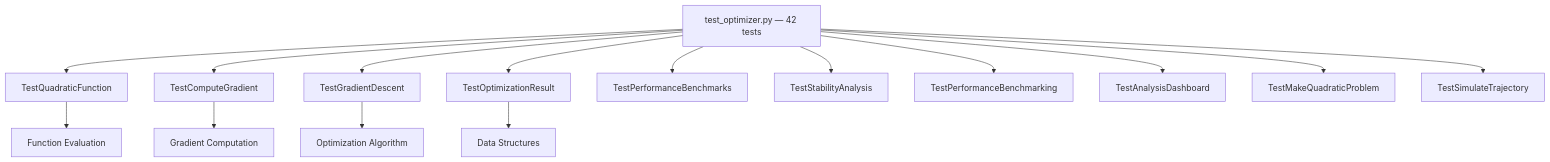
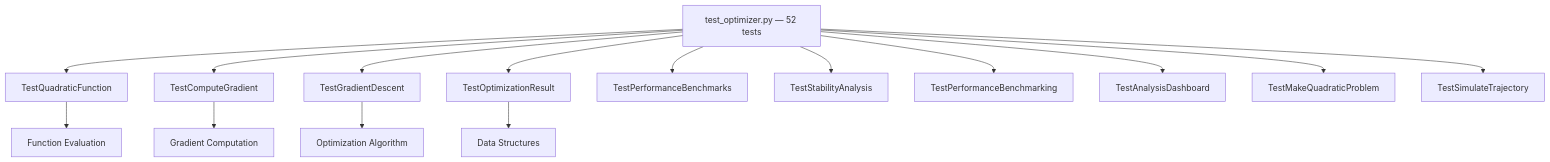
The diagram in projects/template_code_project/tests/README.md (docxology/template), drawn with Mermaid before and after one commit. The commit also changed other lines of this file and 952 other files, not shown here.

````diff
--- a/projects/template_code_project/tests/README.md
+++ b/projects/template_code_project/tests/README.md
@@ -44,18 +44,18 @@
 ```mermaid
 graph TD
-    A[test_optimizer.py — 42 tests] --> B[TestQuadraticFunction]
+    A[test_optimizer.py — 52 tests] --> B[TestQuadraticFunction]
     A --> C[TestComputeGradient]
     A --> D[TestGradientDescent]
     A --> E[TestOptimizationResult]
     A --> F[TestPerformanceBenchmarks]
     A --> G[TestStabilityAnalysis]
     A --> H[TestPerformanceBenchmarking]
     A --> I[TestAnalysisDashboard]
     A --> J[TestMakeQuadraticProblem]
     A --> K[TestSimulateTrajectory]
 
     B --> L[Function Evaluation]
     C --> M[Gradient Computation]
     D --> N[Optimization Algorithm]
     E --> O[Data Structures]
 ```
````
